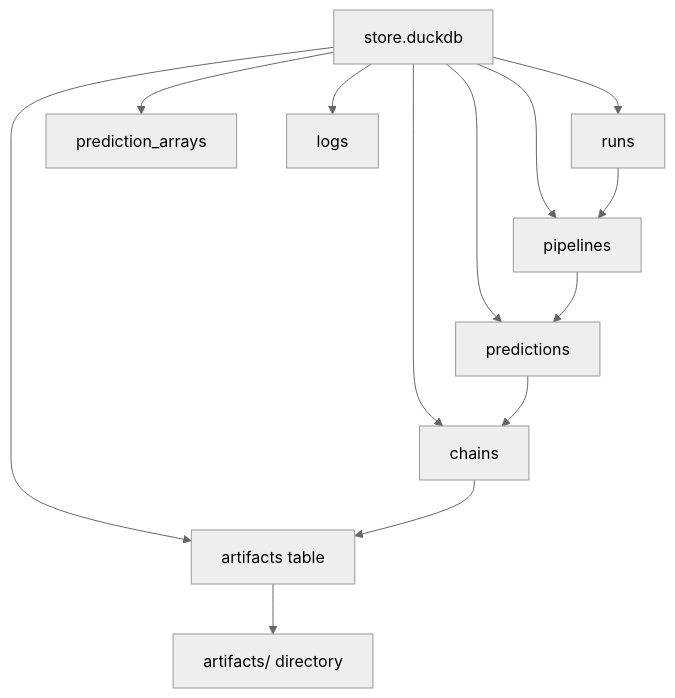
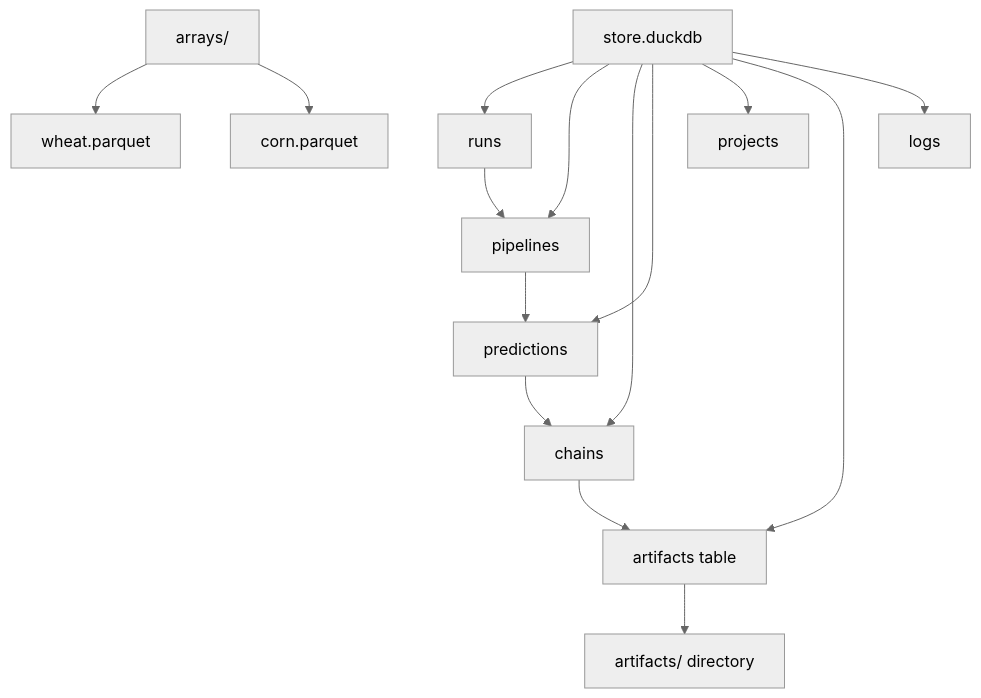
Before and after one commit to GBeurier/nirs4all: diagram 14 of 14 in docs/nirs4all_library_overview_2026-02-07.md, drawn with Mermaid (neutral theme). The commit also changed other lines of this file and 32 other files, not shown here.

````diff
--- a/docs/nirs4all_library_overview_2026-02-07.md
+++ b/docs/nirs4all_library_overview_2026-02-07.md
@@ -1353,15 +1359,17 @@
 ```mermaid
 flowchart TD
     A[store.duckdb] --> B[runs]
     A --> C[pipelines]
     A --> D[chains]
     A --> E[predictions]
-    A --> F[prediction_arrays]
+    A --> F[projects]
     A --> G[artifacts table]
     A --> H[logs]
     G --> I[artifacts/ directory]
+    J[arrays/] --> J1[wheat.parquet]
+    J --> J2[corn.parquet]
     D --> G
     E --> D
     C --> E
     B --> C
 ```
````
